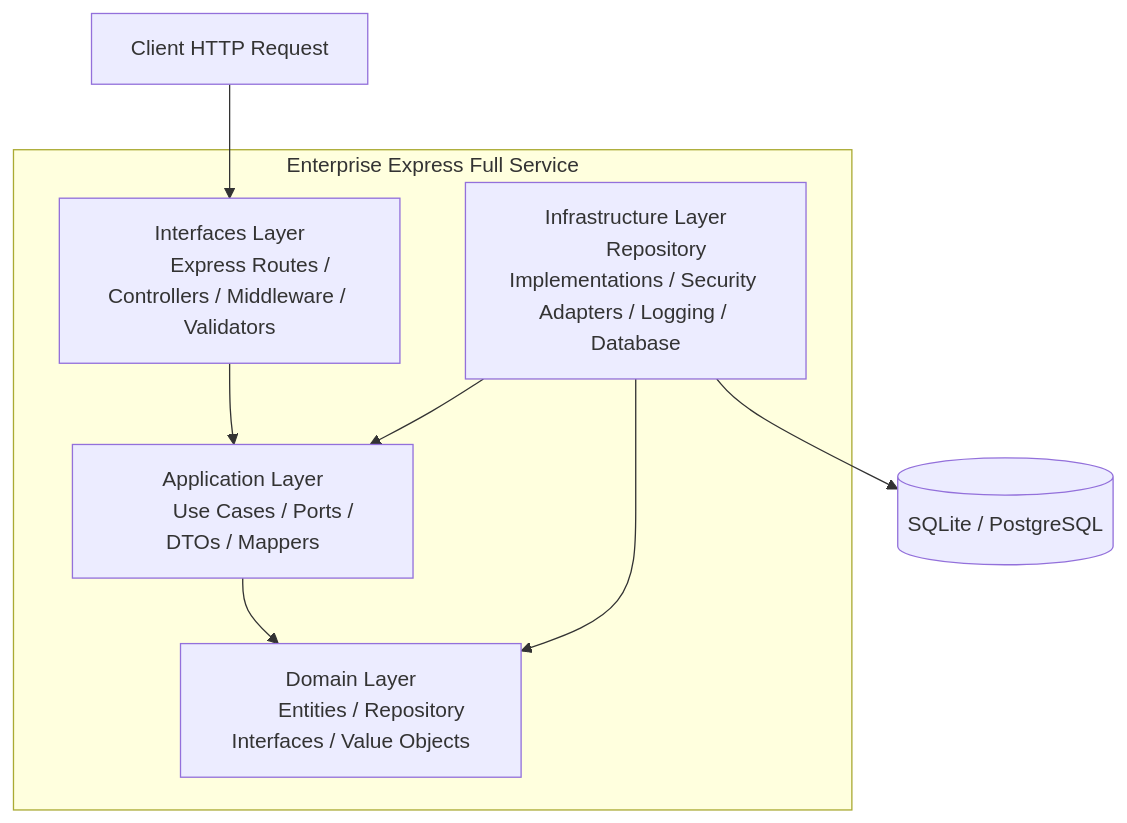
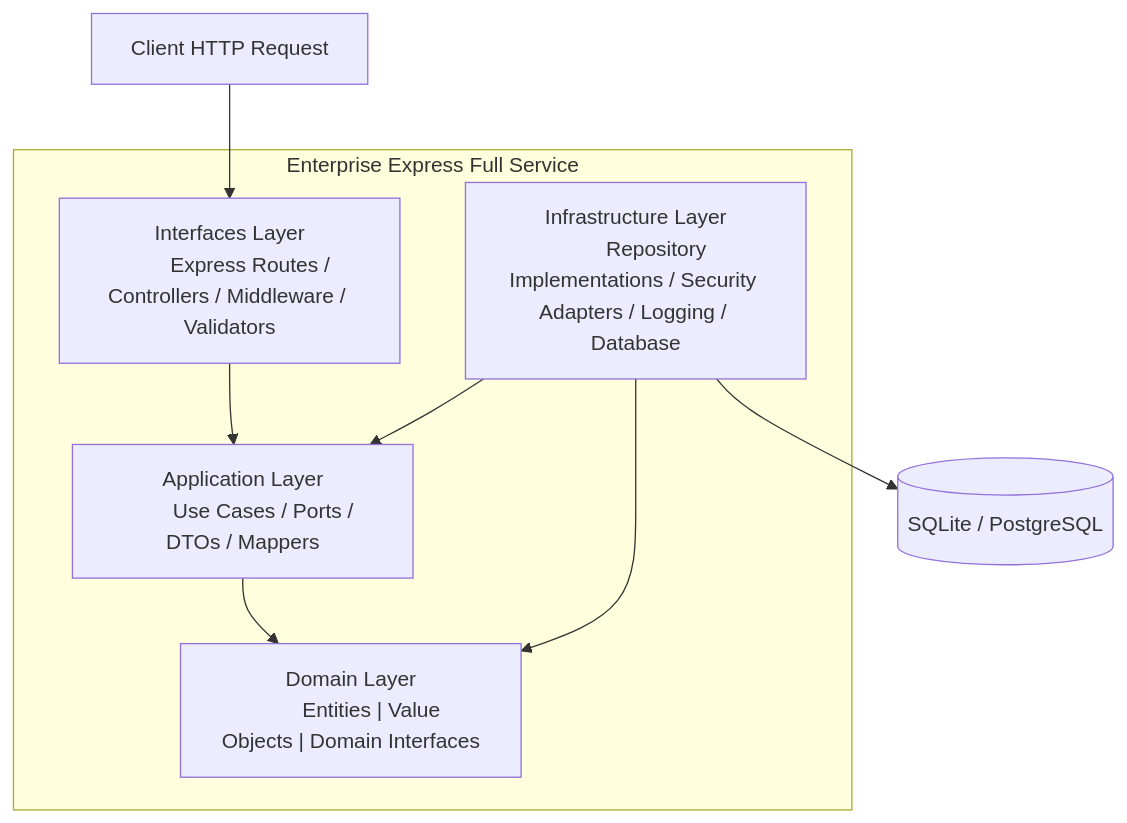
The second of 3 diagrams in docs/c4-model.md (hsummerhays/enterprise-express), drawn with Mermaid before and after one commit. The commit also changed other lines of this file and 5 other files, not shown here.

Commit message:
chore: Rename project to 'Enterprise Express' and update documentation with architectural evolution details.

````diff
--- a/docs/c4-model.md
+++ b/docs/c4-model.md
@@ -55,28 +60,29 @@
 ```mermaid
 flowchart TD
     Client["Client HTTP Request"]
+
 
 
     subgraph Service["Enterprise Express Full Service"]
         Interfaces["Interfaces Layer
         Express Routes / Controllers / Middleware / Validators"]
 
         Application["Application Layer
         Use Cases / Ports / DTOs / Mappers"]
 
         Domain["Domain Layer
-        Entities / Repository Interfaces / Value Objects"]
+        Entities | Value Objects | Domain Interfaces"]
 
         Infrastructure["Infrastructure Layer
         Repository Implementations / Security Adapters / Logging / Database"]
     end
 
     DB[("SQLite / PostgreSQL")]
 
     Client --> Interfaces
     Interfaces --> Application
     Application --> Domain
     Infrastructure --> Application
     Infrastructure --> Domain
     Infrastructure --> DB
 ```
````
